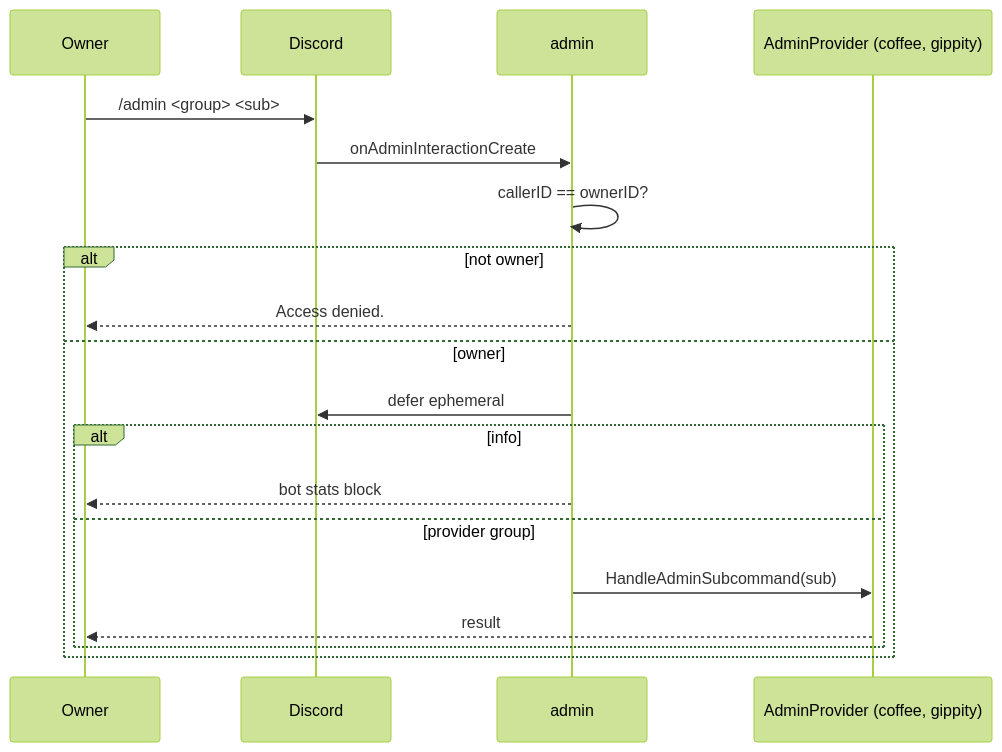
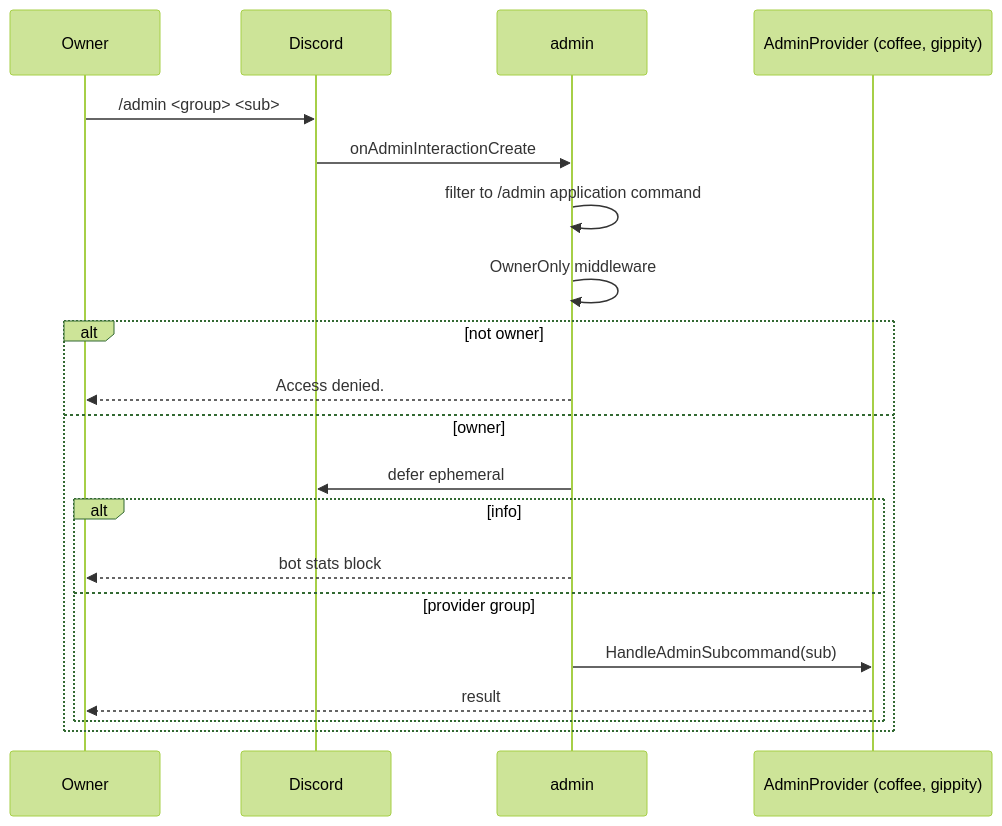
The diagram in docs/modules/admin.md (toksikk/gidbig), drawn with Mermaid (forest theme) before and after one commit. The commit also changed other lines of this file and 3 other files, not shown here.

````diff
--- a/docs/modules/admin.md
+++ b/docs/modules/admin.md
@@ -12,22 +15,23 @@
 ```mermaid
 sequenceDiagram
     participant O as Owner
     participant D as Discord
     participant A as admin
     participant P as AdminProvider (coffee, gippity)
 
     O->>D: /admin <group> <sub>
     D->>A: onAdminInteractionCreate
-    A->>A: callerID == ownerID?
+    A->>A: filter to /admin application command
+    A->>A: OwnerOnly middleware
     alt not owner
         A-->>O: Access denied.
     else owner
         A->>D: defer ephemeral
         alt info
             A-->>O: bot stats block
         else provider group
             A->>P: HandleAdminSubcommand(sub)
             P-->>O: result
         end
     end
 ```
````
